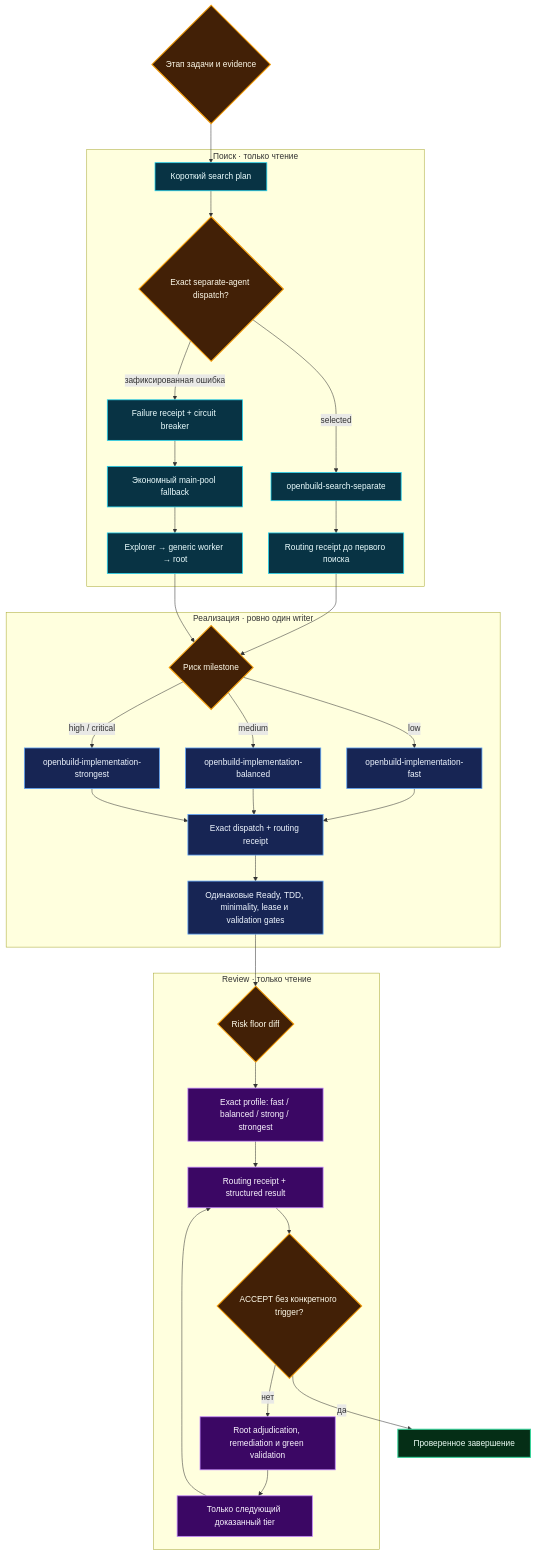
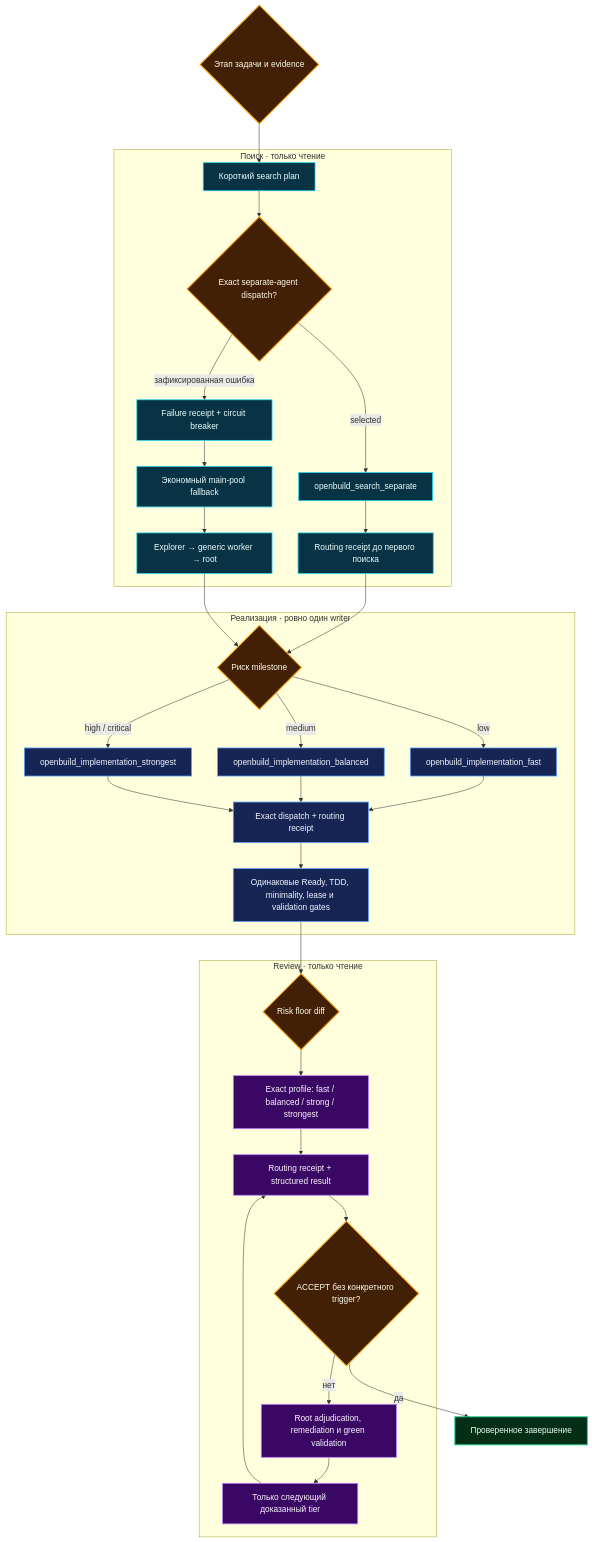
One commit to GeorgVahi/OpenBuild changed the second of 3 diagrams in README.ru.md. Above: the diagram before and after it, drawn with Mermaid. The commit also changed other lines of this file and 13 other files, not shown here.

````diff
--- a/README.ru.md
+++ b/README.ru.md
@@ -279,50 +299,50 @@
 ```mermaid
 flowchart TB
     R{"Этап задачи и evidence"}
 
     subgraph SEARCH["Поиск · только чтение"]
         S0["Короткий search plan"] --> S1{"Exact separate-agent dispatch?"}
-        S1 -->|selected| S2["openbuild-search-separate"]
+        S1 -->|selected| S2["openbuild_search_separate"]
         S1 -->|зафиксированная ошибка| S5["Failure receipt + circuit breaker"]
         S5 --> S3["Экономный main-pool fallback"]
         S3 --> S4["Explorer → generic worker → root"]
         S2 --> S6["Routing receipt до первого поиска"]
     end
 
     subgraph WRITE["Реализация · ровно один writer"]
         W0{"Риск milestone"}
-        W0 -->|low| W1["openbuild-implementation-fast"]
-        W0 -->|medium| W2["openbuild-implementation-balanced"]
-        W0 -->|high / critical| W3["openbuild-implementation-strongest"]
+        W0 -->|low| W1["openbuild_implementation_fast"]
+        W0 -->|medium| W2["openbuild_implementation_balanced"]
+        W0 -->|high / critical| W3["openbuild_implementation_strongest"]
         W1 --> W4["Exact dispatch + routing receipt"]
         W2 --> W4
         W3 --> W4
         W4 --> W5["Одинаковые Ready, TDD, minimality, lease и validation gates"]
     end
 
     subgraph REVIEW["Review · только чтение"]
         V0{"Risk floor diff"} --> V1["Exact profile: fast / balanced / strong / strongest"]
         V1 --> V2["Routing receipt + structured result"]
         V2 --> V3{"ACCEPT без конкретного trigger?"}
         V3 -->|нет| V4["Root adjudication, remediation и green validation"]
         V4 --> V5["Только следующий доказанный tier"]
         V5 --> V2
     end
 
     R --> S0
     S6 --> W0
     S4 --> W0
     W5 --> V0
     V3 -->|да| Z["Проверенное завершение"]
 
     classDef decision fill:#422006,color:#fffbeb,stroke:#f59e0b,stroke-width:2px;
     classDef search fill:#083344,color:#ecfeff,stroke:#22d3ee,stroke-width:1.5px;
     classDef write fill:#172554,color:#eff6ff,stroke:#60a5fa,stroke-width:1.5px;
     classDef review fill:#3b0764,color:#faf5ff,stroke:#c084fc,stroke-width:1.5px;
     classDef done fill:#052e16,color:#ecfdf5,stroke:#34d399,stroke-width:2px;
     class R,S1,W0,V0,V3 decision;
     class S0,S2,S3,S4,S5,S6 search;
     class W1,W2,W3,W4,W5 write;
     class V1,V2,V4,V5 review;
     class Z done;
 ```
````
